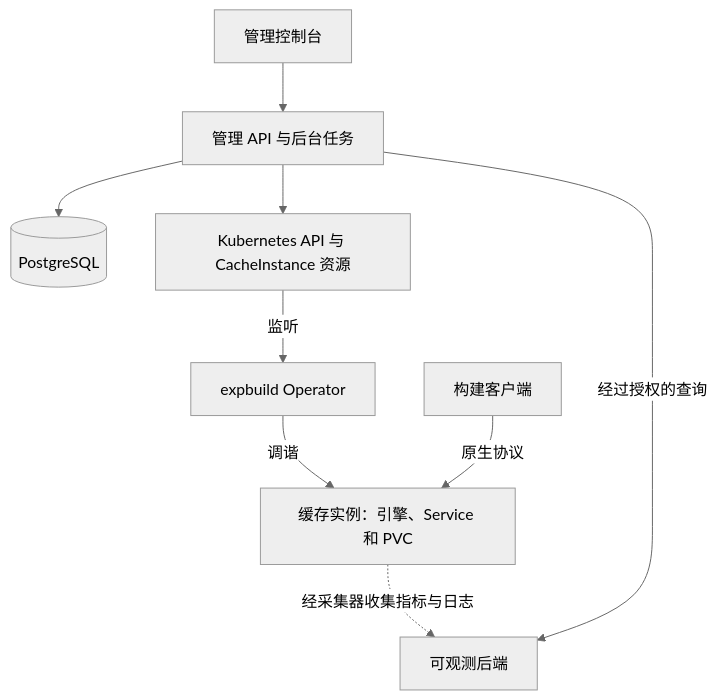
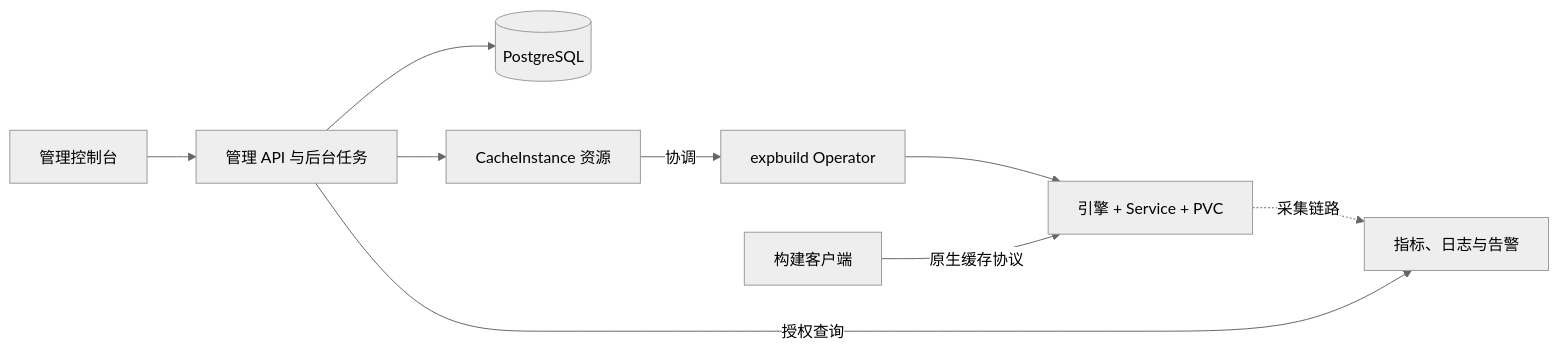
One commit to expbuild/expbuild changed the diagram in README.zh-CN.md. Above: the diagram before and after it, drawn with Mermaid (neutral theme). The commit also changed other lines of this file and 2 other files, not shown here.

````diff
--- a/README.zh-CN.md
+++ b/README.zh-CN.md
@@ -38,11 +39,11 @@
 ```mermaid
-flowchart TD
+flowchart LR
     UI[管理控制台] --> API[管理 API 与后台任务]
     API --> DB[(PostgreSQL)]
-    API --> K8S[Kubernetes API 与 CacheInstance 资源]
-    K8S -->|监听| OP[expbuild Operator]
-    OP -->|调谐| CACHE[缓存实例：引擎、Service 和 PVC]
-    CLIENT[构建客户端] -->|原生协议| CACHE
-    CACHE -.->|经采集器收集指标与日志| OBS[可观测后端]
-    API -->|经过授权的查询| OBS
+    API --> CR[CacheInstance 资源]
+    CR -->|协调| OP[expbuild Operator]
+    OP --> CACHE[引擎 + Service + PVC]
+    CLIENT[构建客户端] -->|原生缓存协议| CACHE
+    CACHE -.->|采集链路| OBS[指标、日志与告警]
+    API -->|授权查询| OBS
 ```
````
